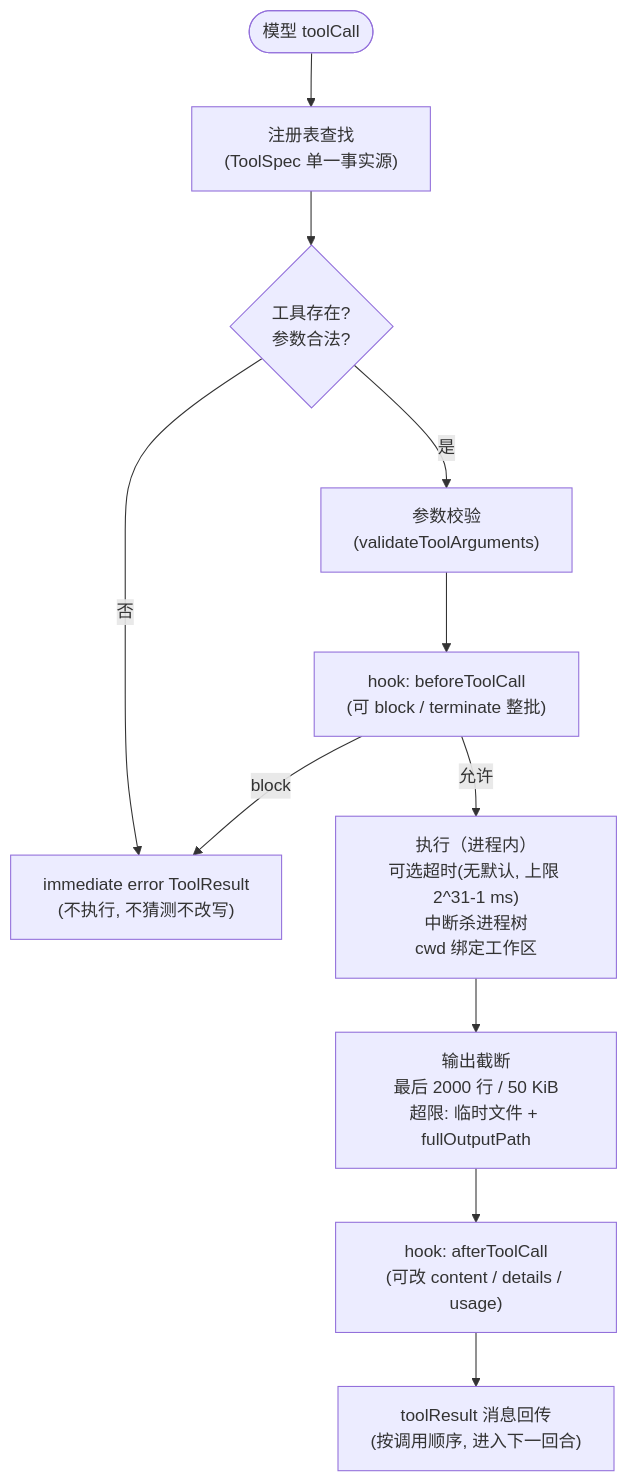
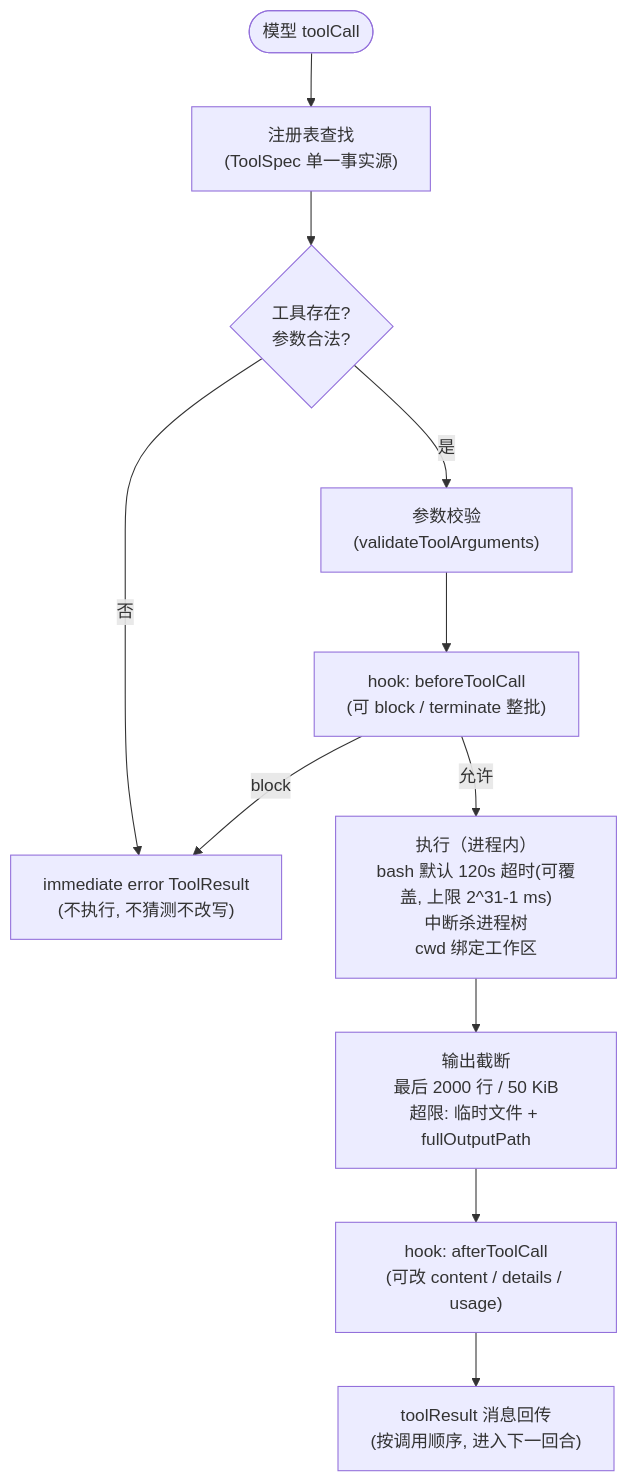
One commit to qjcnmd/singularity-agent changed the fourth of 8 diagrams in docs/singularity.md. Above: the diagram before and after it, drawn with Mermaid. The commit also changed other lines of this file and 2 other files, not shown here.

````diff
--- a/docs/singularity.md
+++ b/docs/singularity.md
@@ -125,13 +126,13 @@
 ```mermaid
 flowchart TD
     A(["模型 toolCall"]) --> B["注册表查找<br/>(ToolSpec 单一事实源)"]
     B --> C{"工具存在?<br/>参数合法?"}
     C -- 否 --> R1["immediate error ToolResult<br/>(不执行, 不猜测不改写)"]
     C -- 是 --> D["参数校验<br/>(validateToolArguments)"]
     D --> E["hook: beforeToolCall<br/>(可 block / terminate 整批)"]
     E -- "block" --> R1
-    E -- 允许 --> F["执行（进程内）<br/>可选超时(无默认, 上限 2^31-1 ms)<br/>中断杀进程树<br/>cwd 绑定工作区"]
+    E -- 允许 --> F["执行（进程内）<br/>bash 默认 120s 超时(可覆盖, 上限 2^31-1 ms)<br/>中断杀进程树<br/>cwd 绑定工作区"]
     F --> G["输出截断<br/>最后 2000 行 / 50 KiB<br/>超限: 临时文件 + fullOutputPath"]
     G --> H["hook: afterToolCall<br/>(可改 content / details / usage)"]
     H --> I["toolResult 消息回传<br/>(按调用顺序, 进入下一回合)"]
 ```
````
